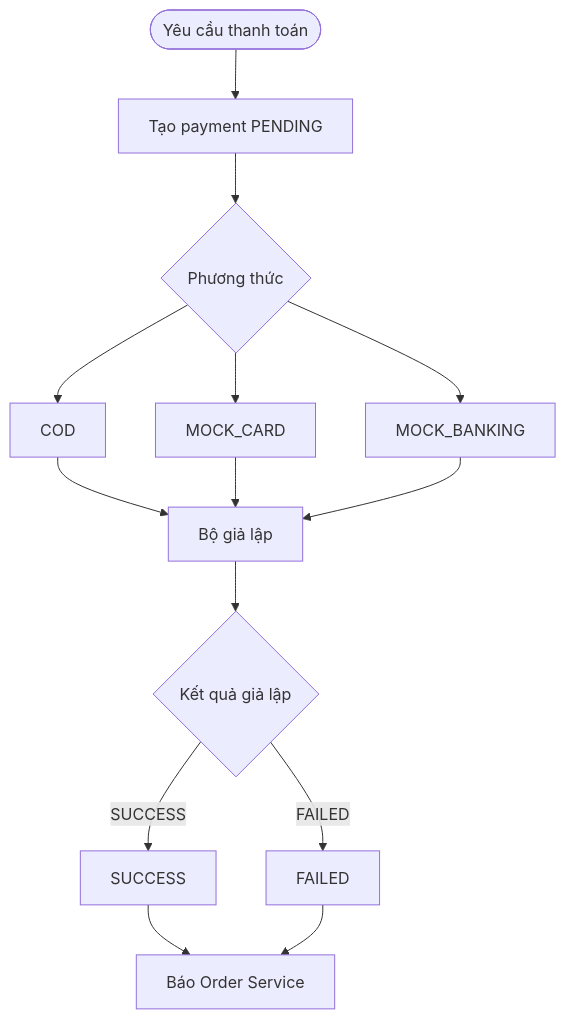
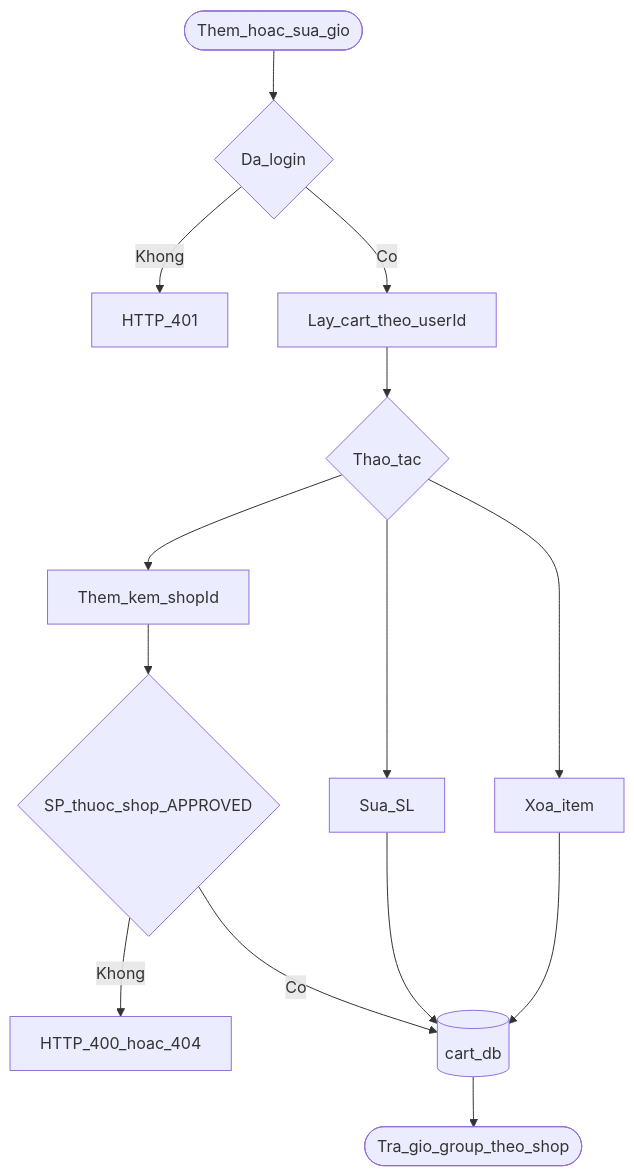
The seventh of 16 diagrams in BAO-CAO-DO-AN.md (trinhvanhai1994/GTVT_ecommerce), drawn with Mermaid before and after one commit. The commit also changed other lines of this file and 99 other files, not shown here.

````diff
--- a/BAO-CAO-DO-AN.md
+++ b/BAO-CAO-DO-AN.md
@@ -270,16 +450,16 @@
 ```mermaid
 flowchart TD
-  A([Yêu cầu thanh toán]) --> B[Tạo payment PENDING]
-  B --> C{Phương thức}
-  C --> D[COD]
-  C --> E[MOCK_CARD]
-  C --> F[MOCK_BANKING]
-  D --> G[Bộ giả lập]
-  E --> G
-  F --> G
-  G --> H{Kết quả giả lập}
-  H -->|SUCCESS| I[SUCCESS]
-  H -->|FAILED| J[FAILED]
-  I --> K[Báo Order Service]
-  J --> K
+  startCart([Them_hoac_sua_gio]) --> loggedIn{Da_login}
+  loggedIn -->|Khong| unauth[HTTP_401]
+  loggedIn -->|Co| loadCart[Lay_cart_theo_userId]
+  loadCart --> action{Thao_tac}
+  action --> addItem[Them_kem_shopId]
+  action --> updQty[Sua_SL]
+  action --> delItem[Xoa_item]
+  addItem --> prodOk{SP_thuoc_shop_APPROVED}
+  prodOk -->|Khong| badReq[HTTP_400_hoac_404]
+  prodOk -->|Co| save[(cart_db)]
+  updQty --> save
+  delItem --> save
+  save --> resp([Tra_gio_group_theo_shop])
 ```
````
